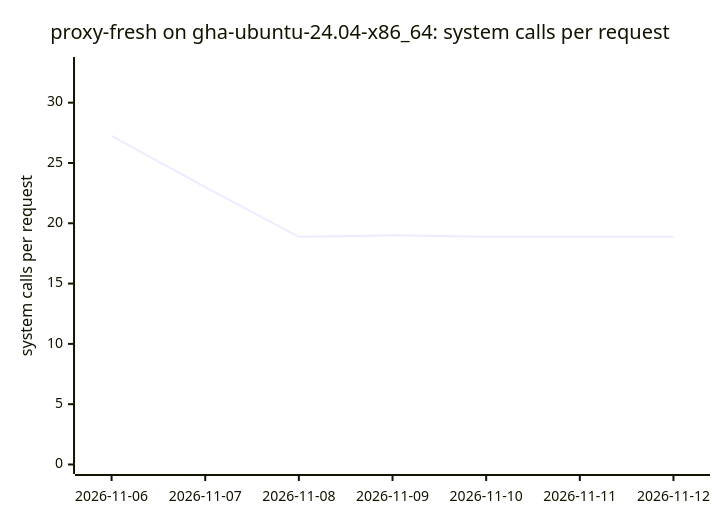
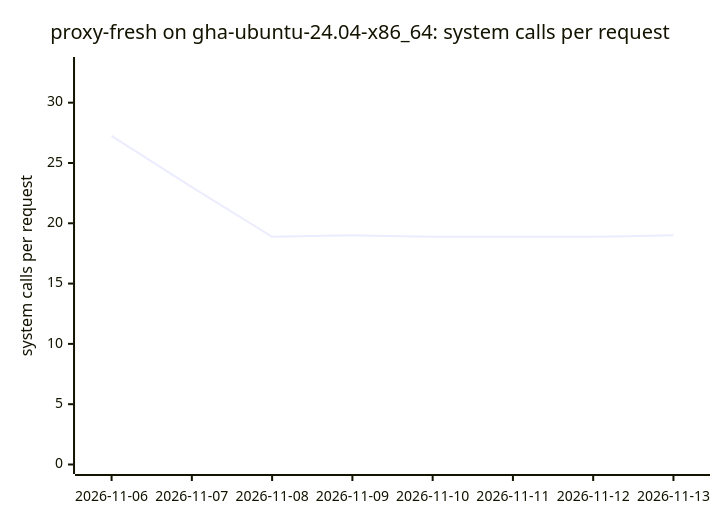
Before and after one commit to ThePixelPilgrim/durchlauferhitzer: diagram 14 of 18 in BENCHMARKS.md, drawn with Mermaid. The commit also changed other lines of this file and 1 other file, not shown here.

````diff
--- a/BENCHMARKS.md
+++ b/BENCHMARKS.md
@@ -158,7 +158,7 @@
 ```mermaid
 xychart-beta
   title "proxy-fresh on gha-ubuntu-24.04-x86_64: system calls per request"
-  x-axis ["2026-11-06", "2026-11-07", "2026-11-08", "2026-11-09", "2026-11-10", "2026-11-11", "2026-11-12"]
+  x-axis ["2026-11-06", "2026-11-07", "2026-11-08", "2026-11-09", "2026-11-10", "2026-11-11", "2026-11-12", "2026-11-13"]
   y-axis "system calls per request" 0 --> 33
-  line [27.25, 23.00, 18.88, 19.00, 18.88, 18.88, 18.88]
+  line [27.25, 23.00, 18.88, 19.00, 18.88, 18.88, 18.88, 19.00]
 ```
````
